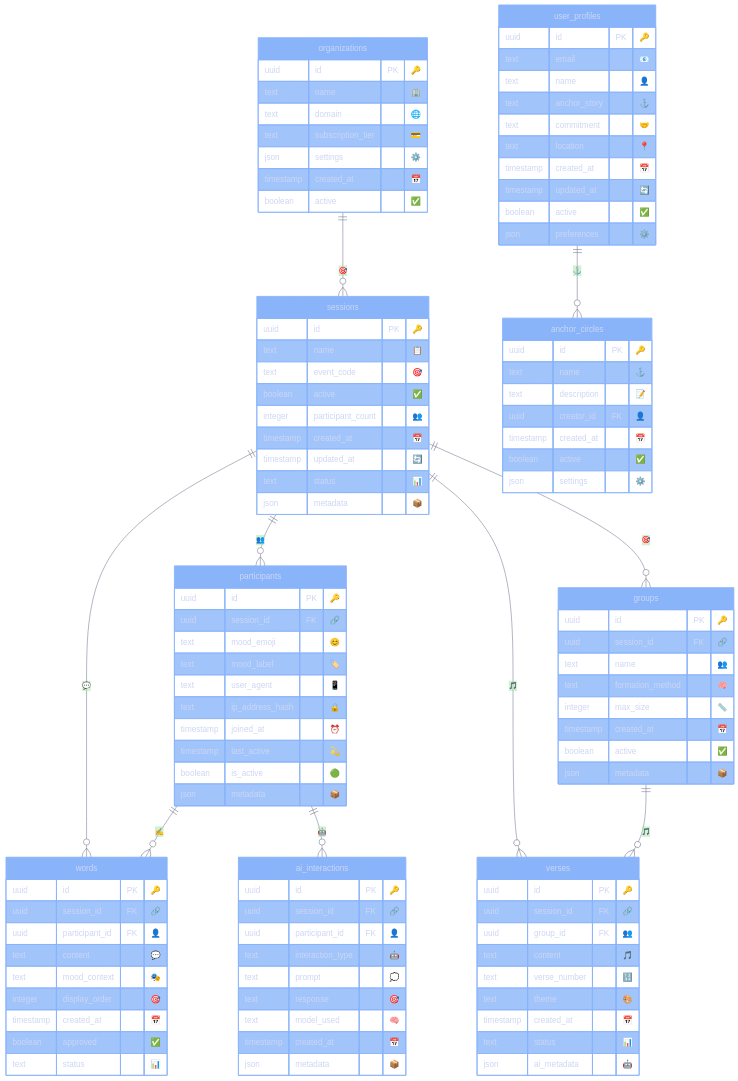
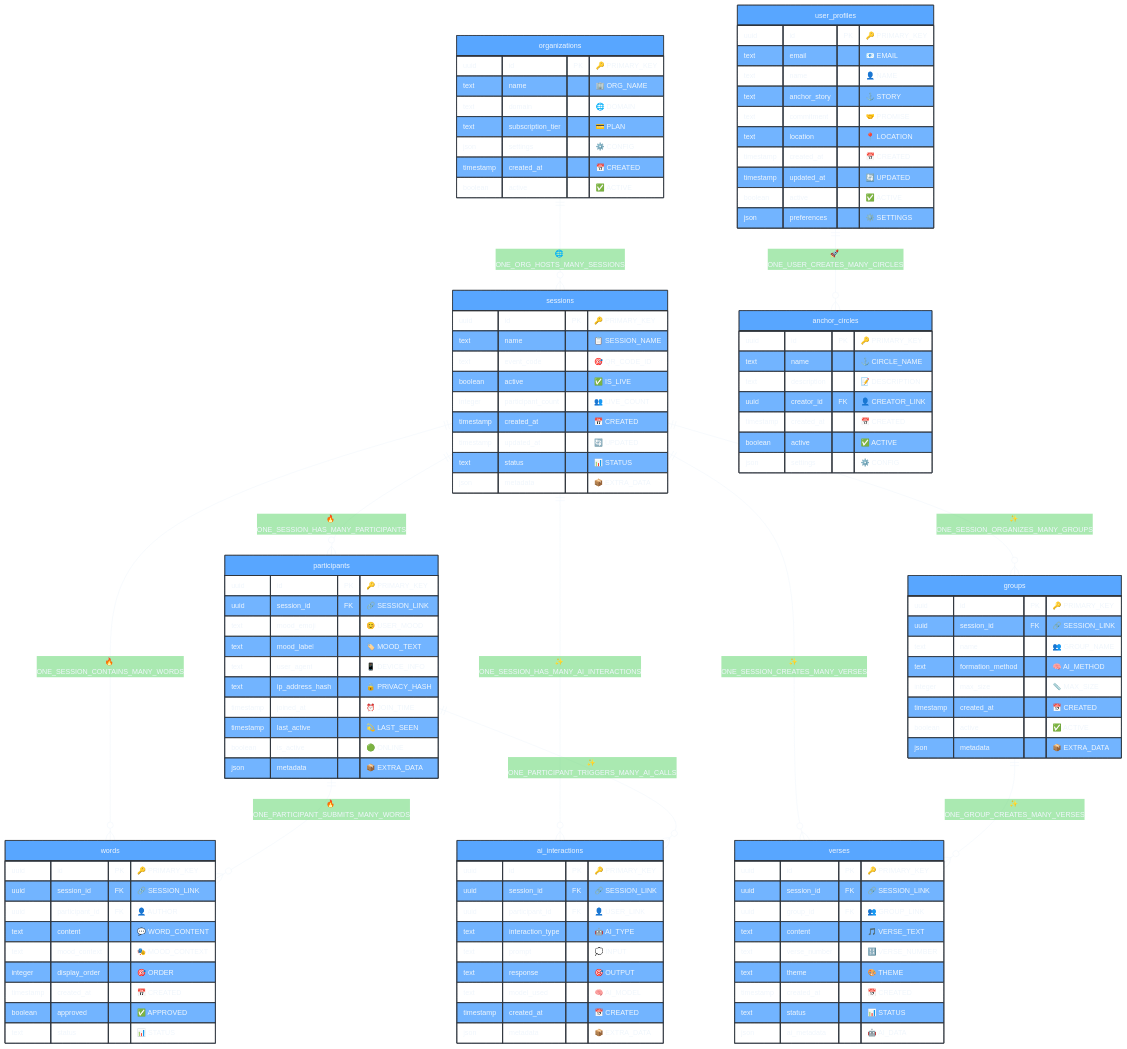
Before and after one commit to asabaal/qcf2026experience: the diagram in database_diagram_only.md, drawn with Mermaid.

Commit message:
separted diagram

````diff
--- a/database_diagram_only.md
+++ b/database_diagram_only.md
@@ -11,127 +11,128 @@
 ```mermaid
-%%{init: {'theme':'base', 'themeVariables': { 'background': '#1e1e2e', 'primaryColor': '#89b4fa', 'primaryTextColor': '#cdd6f4', 'primaryBorderColor': '#89b4fa', 'lineColor': '#6c7086', 'sectionBkColor': '#313244', 'altSectionBkColor': '#45475a', 'gridColor': '#585b70', 'secondaryColor': '#f38ba8', 'tertiaryColor': '#a6e3a1', 'quaternaryColor': '#cba6f7', 'fontFamily': 'ui-monospace, monospace'}}}%%
+%%{init: {'theme':'base', 'themeVariables': { 'background': '#0d1117', 'primaryColor': '#58a6ff', 'primaryTextColor': '#f0f6fc', 'primaryBorderColor': '#30363d', 'lineColor': '#f0f6fc', 'sectionBkColor': '#161b22', 'altSectionBkColor': '#21262d', 'gridColor': '#30363d', 'secondaryColor': '#ff7b72', 'tertiaryColor': '#56d364', 'quaternaryColor': '#d2a8ff', 'fontFamily': 'ui-monospace, monospace', 'fontSize': '14px'}}}%%
 erDiagram
-    %% 🔥 PHASE 1: MVP 1.0 - CORE FOUNDATION (RED)
+    %% 🔥 PHASE 1: MVP 1.0 - CORE FOUNDATION
     sessions {
-        uuid id PK "🔑"
-        text name "📋"
-        text event_code "🎯"
-        boolean active "✅"
-        integer participant_count "👥"
-        timestamp created_at "📅"
-        timestamp updated_at "🔄"
-        text status "📊"
-        json metadata "📦"
+        uuid id PK "🔑 PRIMARY_KEY"
+        text name "📋 SESSION_NAME"
+        text event_code "🎯 QR_CODE_ID"
+        boolean active "✅ IS_LIVE"
+        integer participant_count "👥 LIVE_COUNT"
+        timestamp created_at "📅 CREATED"
+        timestamp updated_at "🔄 UPDATED"
+        text status "📊 STATUS"
+        json metadata "📦 EXTRA_DATA"
     }
     
     participants {
-        uuid id PK "🔑"
-        uuid session_id FK "🔗"
-        text mood_emoji "😊"
-        text mood_label "🏷️"
-        text user_agent "📱"
-        text ip_address_hash "🔒"
-        timestamp joined_at "⏰"
-        timestamp last_active "💫"
-        boolean is_active "🟢"
-        json metadata "📦"
+        uuid id PK "🔑 PRIMARY_KEY"
+        uuid session_id FK "🔗 SESSION_LINK"
+        text mood_emoji "😊 USER_MOOD"
+        text mood_label "🏷️ MOOD_TEXT"
+        text user_agent "📱 DEVICE_INFO"
+        text ip_address_hash "🔒 PRIVACY_HASH"
+        timestamp joined_at "⏰ JOIN_TIME"
+        timestamp last_active "💫 LAST_SEEN"
+        boolean is_active "🟢 ONLINE"
+        json metadata "📦 EXTRA_DATA"
     }
     
     words {
-        uuid id PK "🔑"
-        uuid session_id FK "🔗"
-        uuid participant_id FK "👤"
-        text content "💬"
-        text mood_context "🎭"
-        integer display_order "🎯"
-        timestamp created_at "📅"
-        boolean approved "✅"
-        text status "📊"
+        uuid id PK "🔑 PRIMARY_KEY"
+        uuid session_id FK "🔗 SESSION_LINK"
+        uuid participant_id FK "👤 AUTHOR"
+        text content "💬 WORD_CONTENT"
+        text mood_context "🎭 MOOD_CONTEXT"
+        integer display_order "🎯 ORDER"
+        timestamp created_at "📅 CREATED"
+        boolean approved "✅ APPROVED"
+        text status "📊 STATUS"
     }
     
-    %% ✨ PHASE 2: MVP 2.0 - AI MAGIC (BLUE)
+    %% ✨ PHASE 2: MVP 2.0 - AI MAGIC
     groups {
-        uuid id PK "🔑"
-        uuid session_id FK "🔗"
-        text name "👥"
-        text formation_method "🧠"
-        integer max_size "📏"
-        timestamp created_at "📅"
-        boolean active "✅"
-        json metadata "📦"
+        uuid id PK "🔑 PRIMARY_KEY"
+        uuid session_id FK "🔗 SESSION_LINK"
+        text name "👥 GROUP_NAME"
+        text formation_method "🧠 AI_METHOD"
+        integer max_size "📏 MAX_SIZE"
+        timestamp created_at "📅 CREATED"
+        boolean active "✅ ACTIVE"
+        json metadata "📦 EXTRA_DATA"
     }
     
     verses {
-        uuid id PK "🔑"
-        uuid session_id FK "🔗"
-        uuid group_id FK "👥"
-        text content "🎵"
-        text verse_number "🔢"
-        text theme "🎨"
-        timestamp created_at "📅"
-        text status "📊"
-        json ai_metadata "🤖"
+        uuid id PK "🔑 PRIMARY_KEY"
+        uuid session_id FK "🔗 SESSION_LINK"
+        uuid group_id FK "👥 GROUP_LINK"
+        text content "🎵 VERSE_TEXT"
+        text verse_number "🔢 VERSE_NUMBER"
+        text theme "🎨 THEME"
+        timestamp created_at "📅 CREATED"
+        text status "📊 STATUS"
+        json ai_metadata "🤖 AI_DATA"
     }
     
     ai_interactions {
-        uuid id PK "🔑"
-        uuid session_id FK "🔗"
-        uuid participant_id FK "👤"
-        text interaction_type "🤖"
-        text prompt "💭"
-        text response "🎯"
-        text model_used "🧠"
-        timestamp created_at "📅"
-        json metadata "📦"
+        uuid id PK "🔑 PRIMARY_KEY"
+        uuid session_id FK "🔗 SESSION_LINK"
+        uuid participant_id FK "👤 USER_LINK"
+        text interaction_type "🤖 AI_TYPE"
+        text prompt "💭 INPUT"
+        text response "🎯 OUTPUT"
+        text model_used "🧠 AI_MODEL"
+        timestamp created_at "📅 CREATED"
+        json metadata "📦 EXTRA_DATA"
     }
     
-    %% 🚀 PHASE 3: MVP 3.0 - COMMUNITY (GREEN)
+    %% 🚀 PHASE 3: MVP 3.0 - COMMUNITY
     user_profiles {
-        uuid id PK "🔑"
-        text email "📧"
-        text name "👤"
-        text anchor_story "⚓"
-        text commitment "🤝"
-        text location "📍"
-        timestamp created_at "📅"
-        timestamp updated_at "🔄"
-        boolean active "✅"
-        json preferences "⚙️"
+        uuid id PK "🔑 PRIMARY_KEY"
+        text email "📧 EMAIL"
+        text name "👤 NAME"
+        text anchor_story "⚓ STORY"
+        text commitment "🤝 PROMISE"
+        text location "📍 LOCATION"
+        timestamp created_at "📅 CREATED"
+        timestamp updated_at "🔄 UPDATED"
+        boolean active "✅ ACTIVE"
+        json preferences "⚙️ SETTINGS"
     }
     
     anchor_circles {
-        uuid id PK "🔑"
-        text name "⚓"
-        text description "📝"
-        uuid creator_id FK "👤"
-        timestamp created_at "📅"
-        boolean active "✅"
-        json settings "⚙️"
+        uuid id PK "🔑 PRIMARY_KEY"
+        text name "⚓ CIRCLE_NAME"
+        text description "📝 DESCRIPTION"
+        uuid creator_id FK "👤 CREATOR_LINK"
+        timestamp created_at "📅 CREATED"
+        boolean active "✅ ACTIVE"
+        json settings "⚙️ CONFIG"
     }
     
-    %% 🌐 PHASE 4: PLATFORM - ENTERPRISE (PURPLE)
+    %% 🌐 PHASE 4: PLATFORM - ENTERPRISE
     organizations {
-        uuid id PK "🔑"
-        text name "🏢"
-        text domain "🌐"
-        text subscription_tier "💳"
-        json settings "⚙️"
-        timestamp created_at "📅"
-        boolean active "✅"
+        uuid id PK "🔑 PRIMARY_KEY"
+        text name "🏢 ORG_NAME"
+        text domain "🌐 DOMAIN"
+        text subscription_tier "💳 PLAN"
+        json settings "⚙️ CONFIG"
+        timestamp created_at "📅 CREATED"
+        boolean active "✅ ACTIVE"
     }
 
-    %% 🔗 KEY RELATIONSHIPS
-    sessions ||--o{ participants : "👥"
-    sessions ||--o{ words : "💬"
-    sessions ||--o{ groups : "🎯"
-    sessions ||--o{ verses : "🎵"
+    %% 🔗 RELATIONSHIPS - ONE-TO-MANY
+    sessions ||--o{ participants : "🔥 ONE_SESSION_HAS_MANY_PARTICIPANTS"
+    sessions ||--o{ words : "🔥 ONE_SESSION_CONTAINS_MANY_WORDS"
+    sessions ||--o{ groups : "✨ ONE_SESSION_ORGANIZES_MANY_GROUPS"
+    sessions ||--o{ verses : "✨ ONE_SESSION_CREATES_MANY_VERSES"
+    sessions ||--o{ ai_interactions : "✨ ONE_SESSION_HAS_MANY_AI_INTERACTIONS"
     
-    participants ||--o{ words : "✍️"
-    participants ||--o{ ai_interactions : "🤖"
+    participants ||--o{ words : "🔥 ONE_PARTICIPANT_SUBMITS_MANY_WORDS"
+    participants ||--o{ ai_interactions : "✨ ONE_PARTICIPANT_TRIGGERS_MANY_AI_CALLS"
     
-    groups ||--o{ verses : "🎵"
+    groups ||--o{ verses : "✨ ONE_GROUP_CREATES_MANY_VERSES"
     
-    user_profiles ||--o{ anchor_circles : "⚓"
+    user_profiles ||--o{ anchor_circles : "🚀 ONE_USER_CREATES_MANY_CIRCLES"
     
-    organizations ||--o{ sessions : "🎯"
+    organizations ||--o{ sessions : "🌐 ONE_ORG_HOSTS_MANY_SESSIONS"
 ```
````
